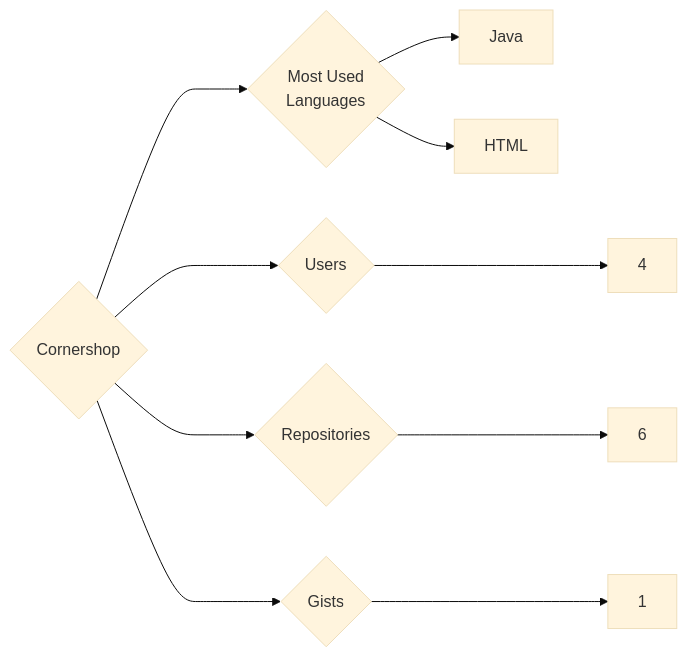
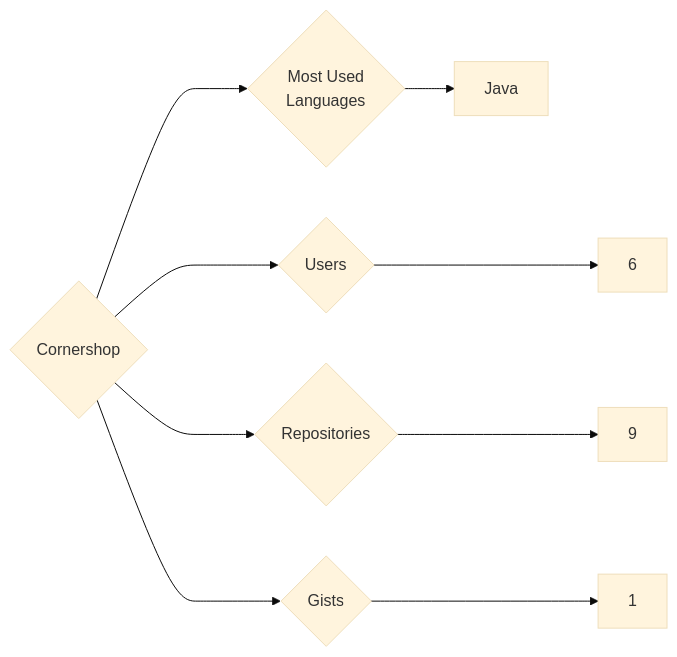
One commit to trickest/insiders changed the diagram in targets/Cornershop/README.md. Above: the diagram before and after it, drawn with Mermaid (base theme). The commit also changed 938 other files, not shown here.

````diff
--- a/targets/Cornershop/README.md
+++ b/targets/Cornershop/README.md
@@ -3,10 +3,9 @@
 ```mermaid
 graph LR
 COMPANY_NAME{Cornershop}
-COMPANY_NAME ---> U{Users} ---> UN[4]
-COMPANY_NAME ---> R{Repositories} ---> RN[6]
+COMPANY_NAME ---> U{Users} ---> UN[6]
+COMPANY_NAME ---> R{Repositories} ---> RN[9]
 COMPANY_NAME ---> G{Gists} ---> GN[1]
 COMPANY_NAME ---> ML{Most Used<br>Languages}
 ML --> Java[Java]
-ML --> HTML[HTML]
 ```
````
